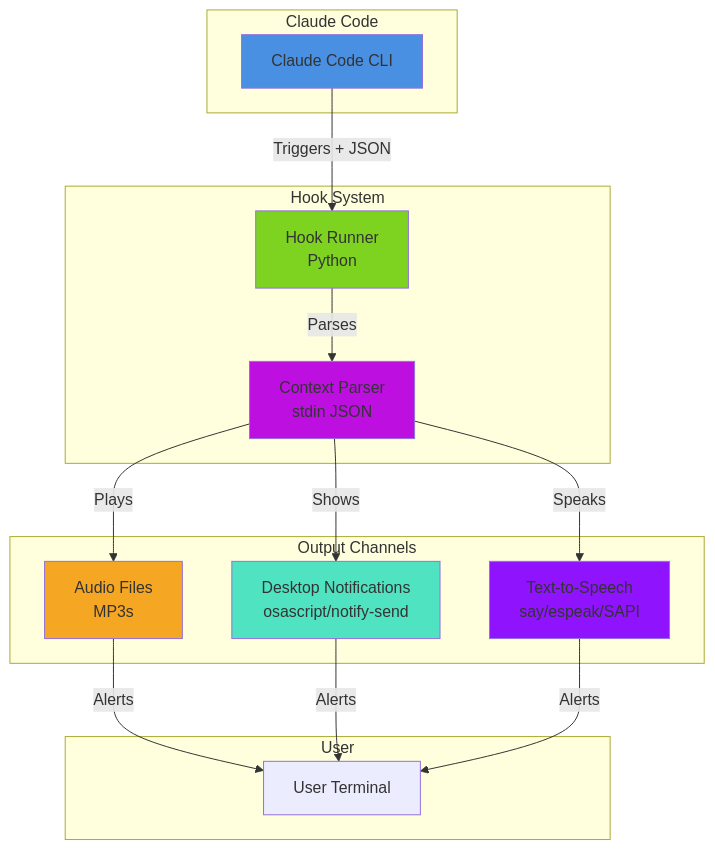
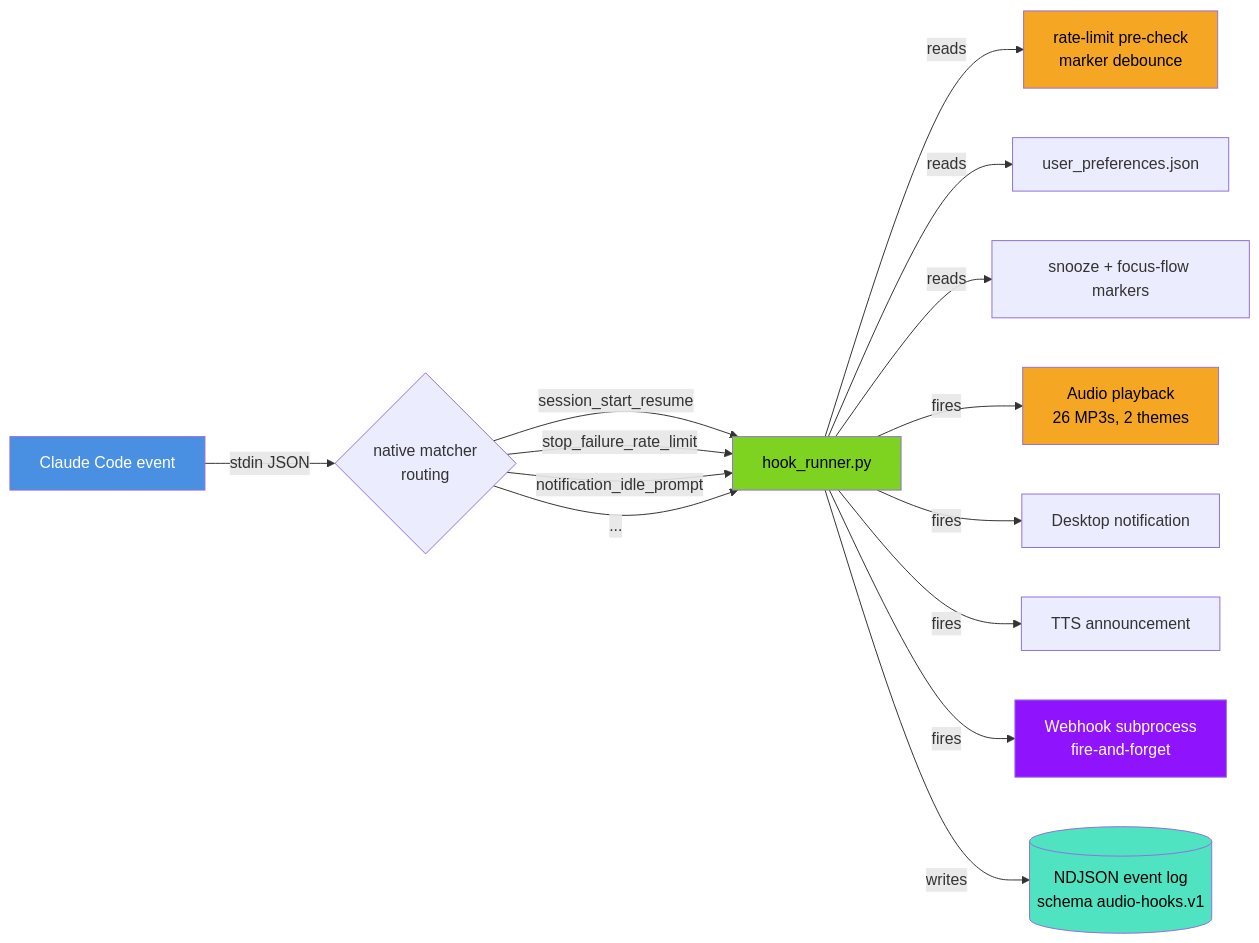
The first of 4 diagrams in README.md (tozaki1545atebau/claude-code-audio-hooks), drawn with Mermaid before and after one commit. The commit also changed other lines of this file and 3 other files, not shown here.

````diff
--- a/README.md
+++ b/README.md
@@ -199,37 +99,25 @@
 ```mermaid
-graph TB
-    subgraph "Claude Code"
-        CC[Claude Code CLI]
-    end
+flowchart LR
+    CC[Claude Code event] -->|stdin JSON| MR{native matcher<br/>routing}
+    MR -->|session_start_resume| HR[hook_runner.py]
+    MR -->|stop_failure_rate_limit| HR
+    MR -->|notification_idle_prompt| HR
+    MR -->|...| HR
 
-    subgraph "Hook System"
-        HS[Hook Runner<br/>Python]
-        CTX[Context Parser<br/>stdin JSON]
-    end
+    HR -->|reads| RL[rate-limit pre-check<br/>marker debounce]
+    HR -->|reads| CFG[user_preferences.json]
+    HR -->|reads| MARK[snooze + focus-flow markers]
 
-    subgraph "Output Channels"
-        AF[Audio Files<br/>MP3s]
-        DN[Desktop Notifications<br/>osascript/notify-send]
-        TTS[Text-to-Speech<br/>say/espeak/SAPI]
-    end
+    HR -->|fires| AUDIO[Audio playback<br/>26 MP3s, 2 themes]
+    HR -->|fires| NOTIF[Desktop notification]
+    HR -->|fires| TTS[TTS announcement]
+    HR -->|fires| WH[Webhook subprocess<br/>fire-and-forget]
+    HR -->|writes| LOG[(NDJSON event log<br/>schema audio-hooks.v1)]
 
-    subgraph "User"
-        U[User Terminal]
-    end
-
-    CC -->|Triggers + JSON| HS
-    HS -->|Parses| CTX
-    CTX -->|Plays| AF
-    CTX -->|Shows| DN
-    CTX -->|Speaks| TTS
-    AF -->|Alerts| U
-    DN -->|Alerts| U
-    TTS -->|Alerts| U
-
-    style CC fill:#4A90E2
-    style HS fill:#7ED321
-    style CTX fill:#BD10E0
-    style AF fill:#F5A623
-    style DN fill:#50E3C2
-    style TTS fill:#9013FE
+    style CC fill:#4A90E2,color:#fff
+    style HR fill:#7ED321,color:#000
+    style RL fill:#F5A623,color:#000
+    style AUDIO fill:#F5A623,color:#000
+    style WH fill:#9013FE,color:#fff
+    style LOG fill:#50E3C2,color:#000
 ```
````
